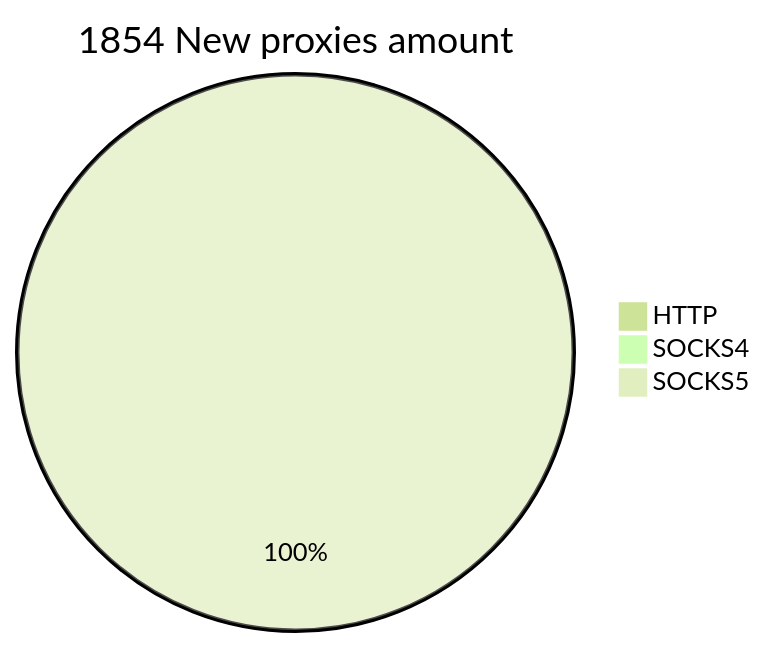
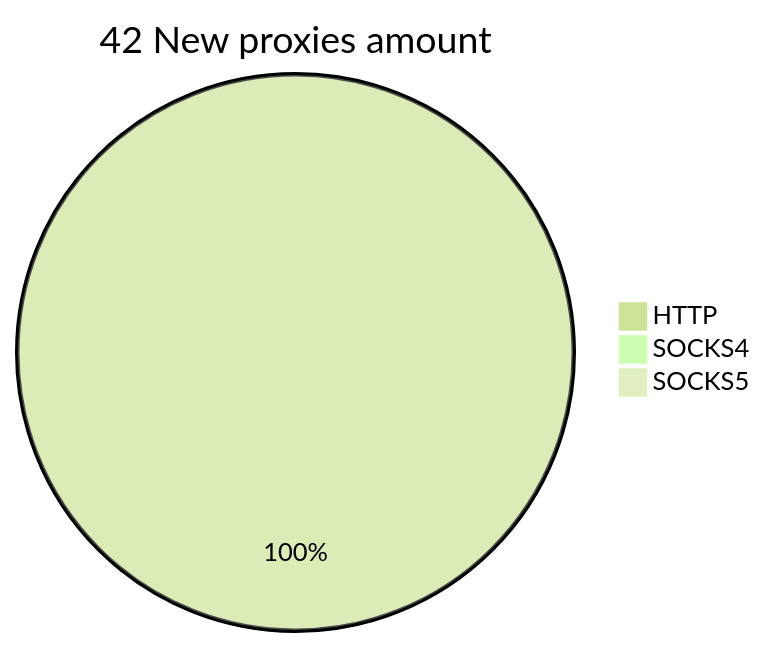
One commit to cutipu/proxylist changed the second of 2 diagrams in README.md. Above: the diagram before and after it, drawn with Mermaid (forest theme). The commit also changed other lines of this file, not shown here.

````diff
--- a/README.md
+++ b/README.md
@@ -10,6 +10,6 @@
 ```mermaid
-pie title 1854 New proxies amount
-    "HTTP" : 0
+pie title 42 New proxies amount
+    "HTTP" : 42
     "SOCKS4" : 0
-    "SOCKS5" : 1854
+    "SOCKS5" : 0
 ```
````
